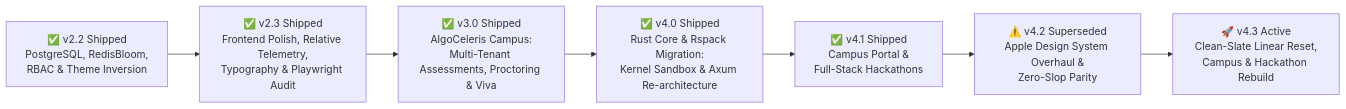
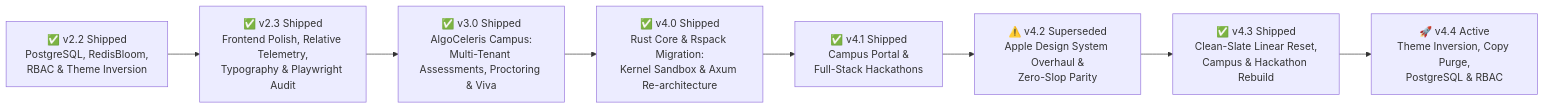
Before and after one commit to Nishank15/algoceleris: the first of 4 diagrams in IMPLEMENTATION_PLAN.md, drawn with Mermaid. The commit also changed other lines of this file and 137 other files, not shown here.

````diff
--- a/IMPLEMENTATION_PLAN.md
+++ b/IMPLEMENTATION_PLAN.md
@@ -16,9 +16,10 @@
 ```mermaid
 graph LR
     v2_2["✅ v2.2 Shipped<br/>PostgreSQL, RedisBloom,<br/>RBAC & Theme Inversion"] --> v2_3["✅ v2.3 Shipped<br/>Frontend Polish, Relative Telemetry,<br/>Typography & Playwright Audit"]
     v2_3 --> v3_0["✅ v3.0 Shipped<br/>AlgoCeleris Campus:<br/>Multi-Tenant Assessments, Proctoring & Viva"]
     v3_0 --> v4_0["✅ v4.0 Shipped<br/>Rust Core & Rspack Migration:<br/>Kernel Sandbox & Axum Re-architecture"]
     v4_0 --> v4_1["✅ v4.1 Shipped<br/>Campus Portal &<br/>Full-Stack Hackathons"]
     v4_1 --> v4_2["⚠️ v4.2 Superseded<br/>Apple Design System Overhaul &<br/>Zero-Slop Parity"]
-    v4_2 --> v4_3["🚀 v4.3 Active<br/>Clean-Slate Linear Reset,<br/>Campus & Hackathon Rebuild"]
+    v4_2 --> v4_3["✅ v4.3 Shipped<br/>Clean-Slate Linear Reset,<br/>Campus & Hackathon Rebuild"]
+    v4_3 --> v4_4["🚀 v4.4 Active<br/>Theme Inversion, Copy Purge,<br/>PostgreSQL & RBAC"]
 ```
````
